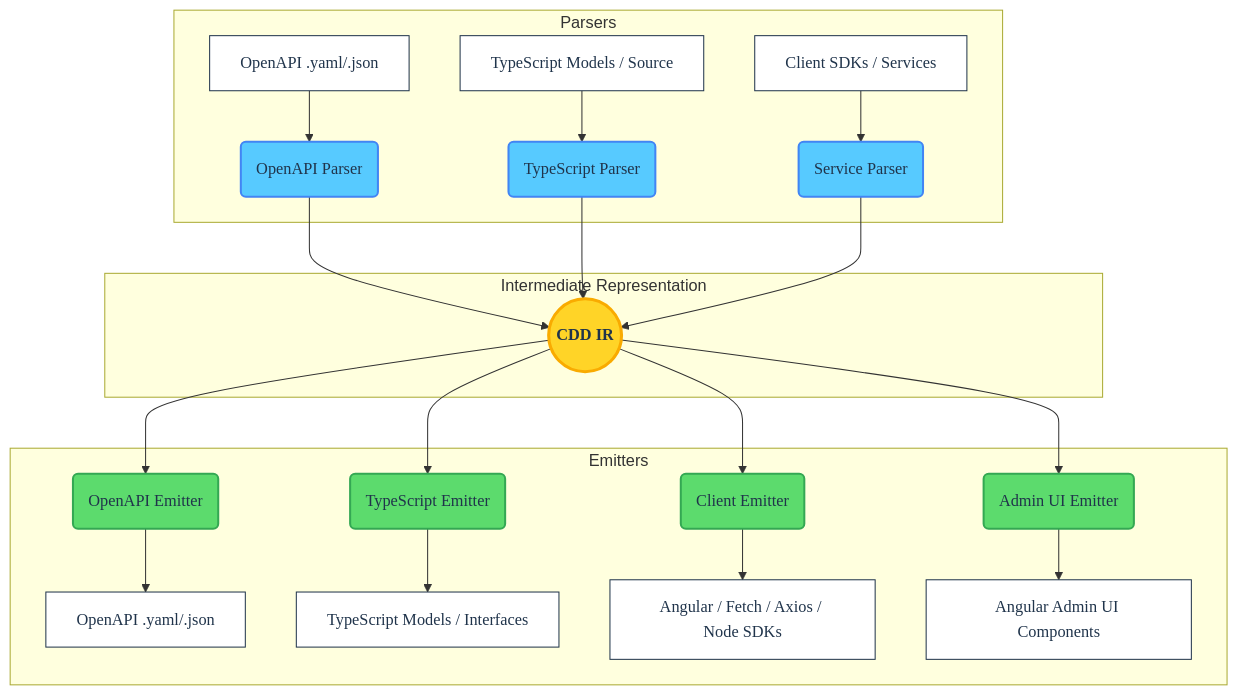
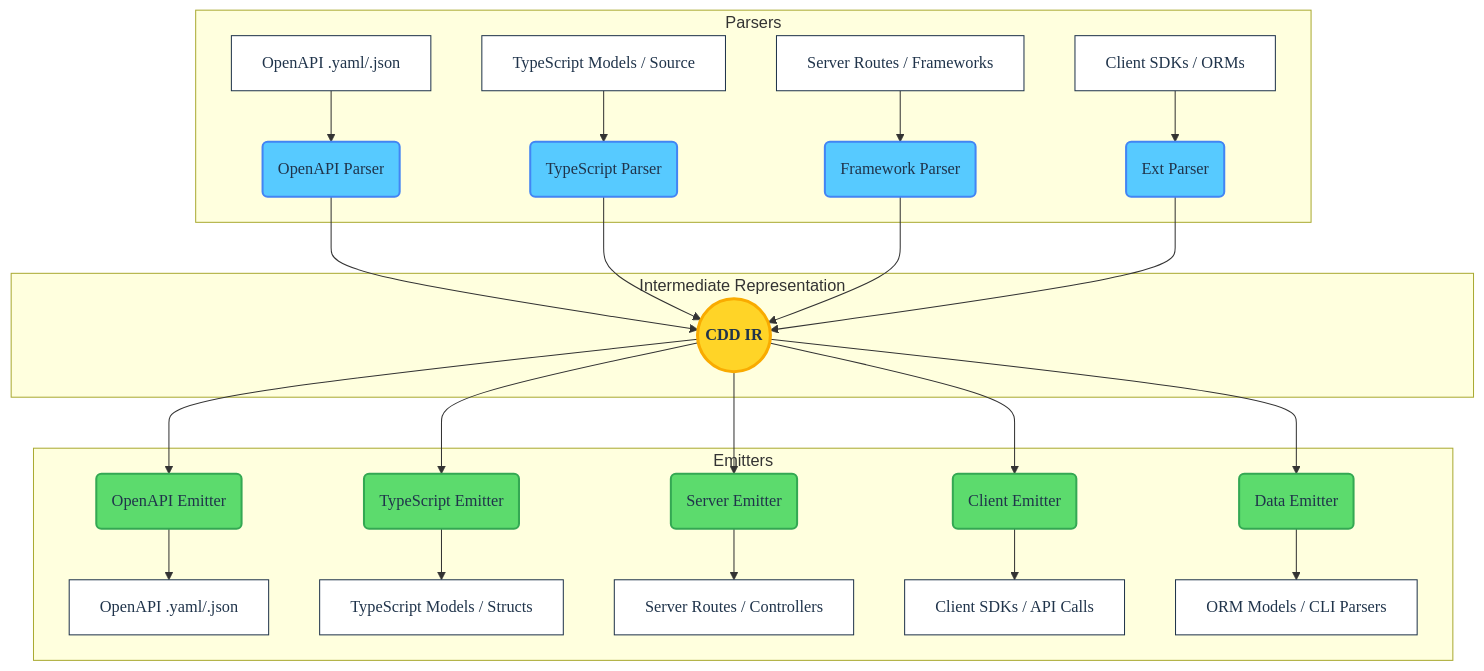
Before and after one commit to offscale/cdd-web-ng: the diagram in ARCHITECTURE.md, drawn with Mermaid. The commit also changed other lines of this file and 51 other files, not shown here.

````diff
--- a/ARCHITECTURE.md
+++ b/ARCHITECTURE.md
@@ -18,34 +13,38 @@
 ```mermaid
 graph TD
     %% Styling Definitions
     classDef frontend fill:#57caff,stroke:#4285f4,stroke-width:2px,color:#20344b,font-family:Roboto Mono
     classDef core fill:#ffd427,stroke:#f9ab00,stroke-width:3px,color:#20344b,font-family:Google Sans,font-weight:bold
     classDef backend fill:#5cdb6d,stroke:#34a853,stroke-width:2px,color:#20344b,font-family:Roboto Mono
     classDef endpoint fill:#ffffff,stroke:#20344b,stroke-width:1px,color:#20344b,font-family:Google Sans
 
     subgraph Frontend [Parsers]
         A[OpenAPI .yaml/.json]:::endpoint --> P1(OpenAPI Parser):::frontend
         B[TypeScript Models / Source]:::endpoint --> P2(TypeScript Parser):::frontend
-        D[Client SDKs / Services]:::endpoint --> P4(Service Parser):::frontend
+        C[Server Routes / Frameworks]:::endpoint --> P3(Framework Parser):::frontend
+        D[Client SDKs / ORMs]:::endpoint --> P4(Ext Parser):::frontend
     end
 
     subgraph Core [Intermediate Representation]
         IR((CDD IR)):::core
     end
 
     subgraph Backend [Emitters]
         E1(OpenAPI Emitter):::backend --> X[OpenAPI .yaml/.json]:::endpoint
-        E2(TypeScript Emitter):::backend --> Y[TypeScript Models / Interfaces]:::endpoint
-        E4(Client Emitter):::backend --> W[Angular / Fetch / Axios / Node SDKs]:::endpoint
-        E5(Admin UI Emitter):::backend --> V[Angular Admin UI Components]:::endpoint
+        E2(TypeScript Emitter):::backend --> Y[TypeScript Models / Structs]:::endpoint
+        E3(Server Emitter):::backend --> Z[Server Routes / Controllers]:::endpoint
+        E4(Client Emitter):::backend --> W[Client SDKs / API Calls]:::endpoint
+        E5(Data Emitter):::backend --> V[ORM Models / CLI Parsers]:::endpoint
     end
 
     P1 --> IR
     P2 --> IR
+    P3 --> IR
     P4 --> IR
 
     IR --> E1
     IR --> E2
+    IR --> E3
     IR --> E4
     IR --> E5
 ```
````
